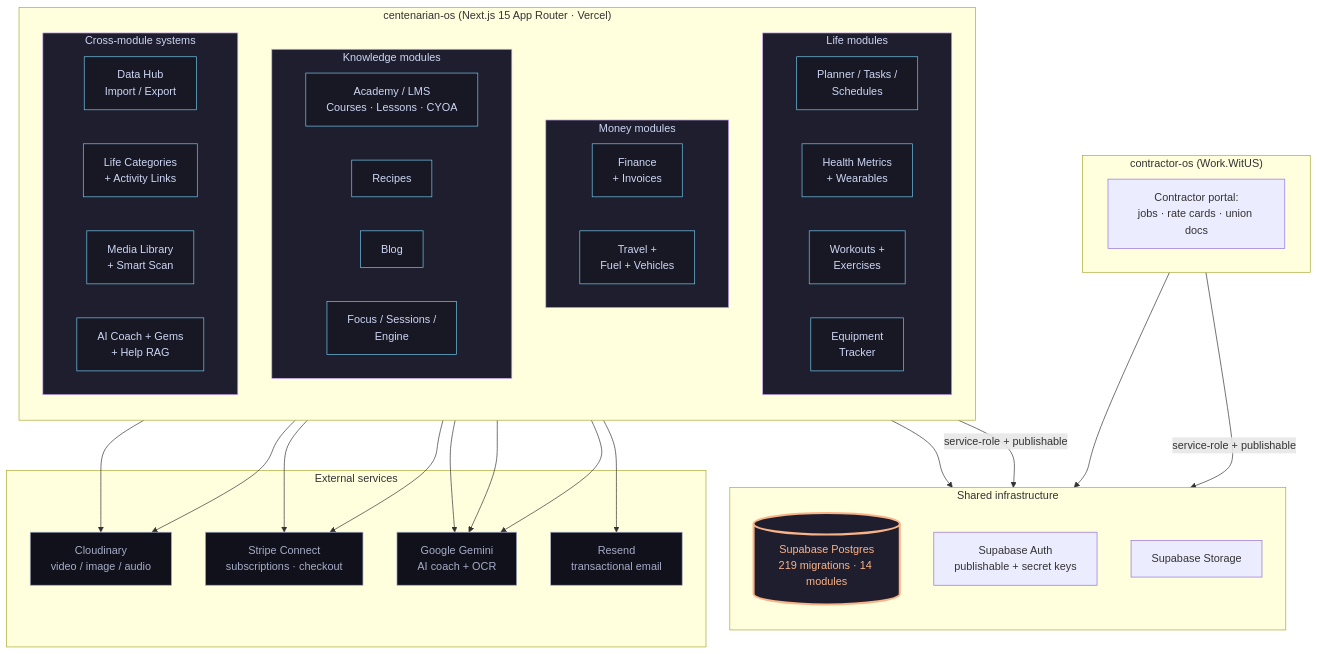
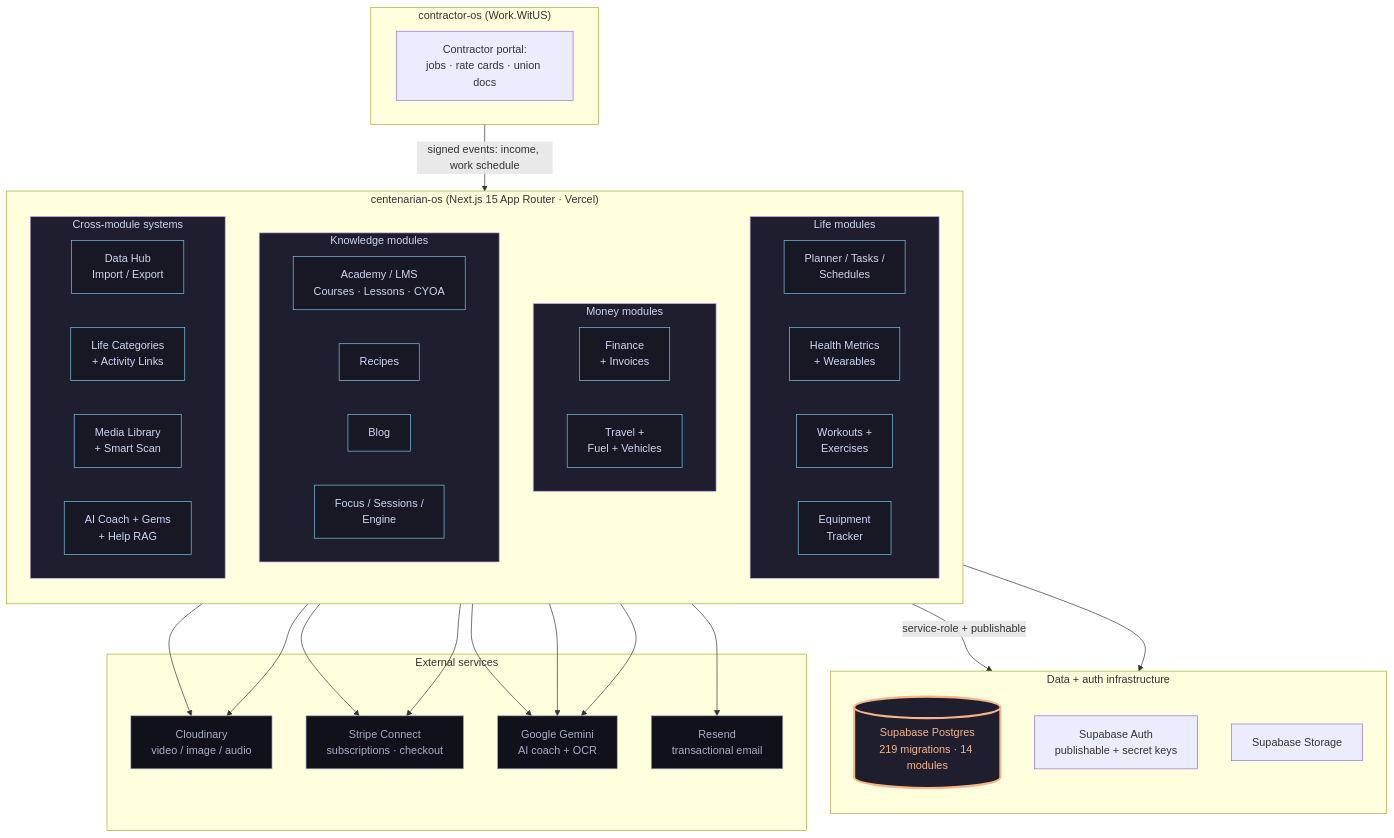
The diagram in ARCHITECTURE.md (dapperAuteur/centenarian-os), drawn with Mermaid before and after one commit. The commit also changed other lines of this file and 9 other files, not shown here.

````diff
--- a/ARCHITECTURE.md
+++ b/ARCHITECTURE.md
@@ -14,76 +14,75 @@
 ```mermaid
 flowchart TB
   classDef shell fill:#1e1e2e,stroke:#cba6f7,color:#cdd6f4
   classDef module fill:#181825,stroke:#74c7ec,color:#cdd6f4
   classDef shared fill:#1e1e2e,stroke:#fab387,color:#fab387,stroke-width:3px
   classDef external fill:#11111b,stroke:#a6adc8,color:#a6adc8
 
   subgraph CentOS["centenarian-os (Next.js 15 App Router · Vercel)"]
     direction TB
 
     subgraph Life["Life modules"]
       direction LR
       Planner[Planner / Tasks /<br/>Schedules]
       Health[Health Metrics<br/>+ Wearables]
       Workouts[Workouts +<br/>Exercises]
       Equipment[Equipment<br/>Tracker]
     end
 
     subgraph Money["Money modules"]
       direction LR
       Finance[Finance<br/>+ Invoices]
       Travel[Travel +<br/>Fuel + Vehicles]
     end
 
     subgraph Knowledge["Knowledge modules"]
       direction LR
       Academy[Academy / LMS<br/>Courses · Lessons · CYOA]
       Recipes[Recipes]
       Blog[Blog]
       Focus[Focus / Sessions /<br/>Engine]
     end
 
     subgraph Cross["Cross-module systems"]
       direction LR
       DataHub[Data Hub<br/>Import / Export]
       Categories[Life Categories<br/>+ Activity Links]
       MediaLib[Media Library<br/>+ Smart Scan]
       Coach[AI Coach + Gems<br/>+ Help RAG]
     end
   end
 
-  subgraph Shared["Shared infrastructure"]
+  subgraph Shared["Data + auth infrastructure"]
     direction TB
     Supabase[(Supabase Postgres<br/>219 migrations · 14 modules)]:::shared
     SupaAuth[Supabase Auth<br/>publishable + secret keys]
     SupaStorage[Supabase Storage]
   end
 
   subgraph Sibling["contractor-os (Work.WitUS)"]
     Contractor[Contractor portal:<br/>jobs · rate cards · union docs]
   end
 
   subgraph External["External services"]
     Cloudinary[Cloudinary<br/>video / image / audio]
     Stripe[Stripe Connect<br/>subscriptions · checkout]
     Gemini[Google Gemini<br/>AI coach + OCR]
     Resend[Resend<br/>transactional email]
   end
 
   CentOS -->|service-role + publishable| Supabase
-  Sibling -->|service-role + publishable| Supabase
+  Sibling -->|signed events: income, work schedule| CentOS
   CentOS --> SupaAuth
-  Sibling --> SupaAuth
   CentOS --> Cloudinary
   CentOS --> Stripe
   CentOS --> Gemini
   CentOS --> Resend
   Coach --> Gemini
   MediaLib --> Cloudinary
   MediaLib --> Gemini
   Finance --> Stripe
 
   class Life,Money,Knowledge,Cross shell
   class Planner,Health,Workouts,Equipment,Finance,Travel,Academy,Recipes,Blog,Focus,DataHub,Categories,MediaLib,Coach module
   class Cloudinary,Stripe,Gemini,Resend external
 ```
````
